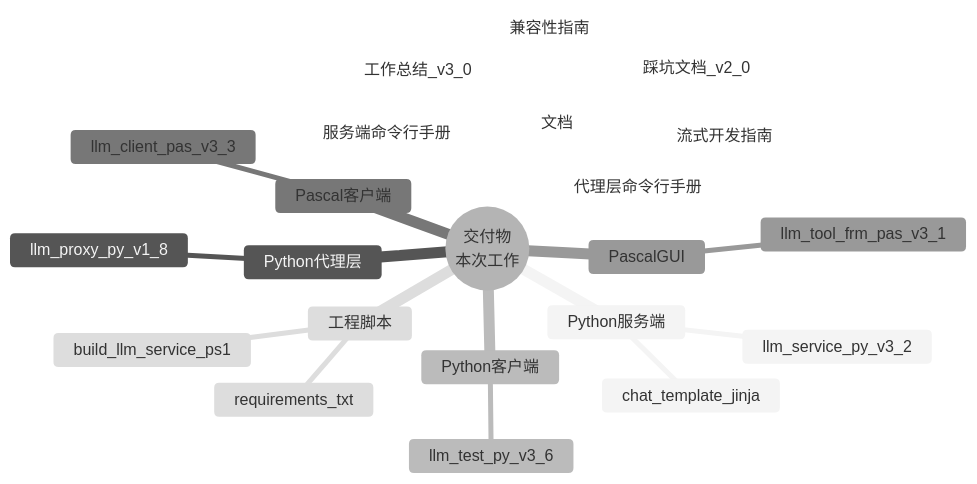
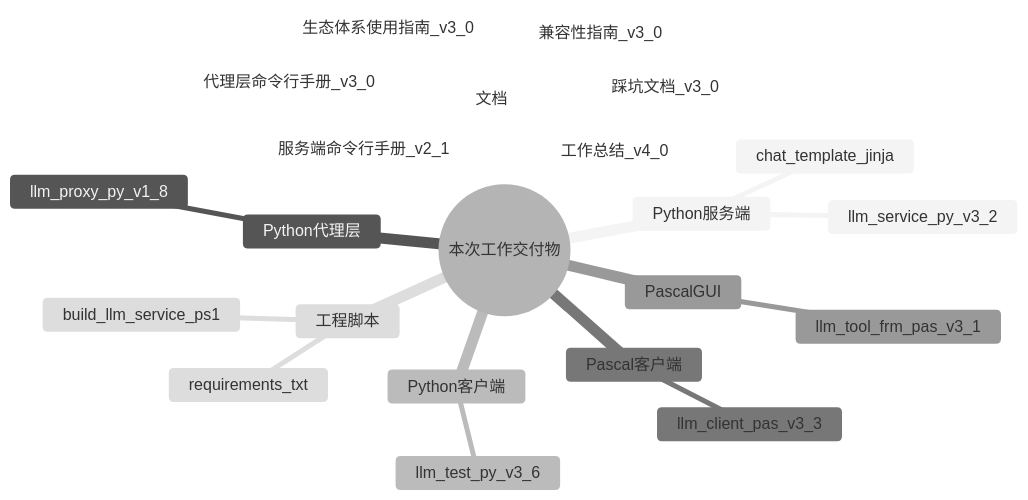
Before and after one commit to PassByYou888/LingoFuse-pasAgent: the first of 39 diagrams in src/llm-service/LingoFuse_LLM_Service_Work_Summary.md, drawn with Mermaid (neutral theme). The commit also changed other lines of this file, not shown here.

````diff
--- a/src/llm-service/LingoFuse_LLM_Service_Work_Summary.md
+++ b/src/llm-service/LingoFuse_LLM_Service_Work_Summary.md
@@ -28,25 +48,25 @@
 ```mermaid
 mindmap
-  root(("交付物<br/>本次工作"))
+  root(("本次工作交付物"))
     Python服务端
       llm_service_py_v3_2
       chat_template_jinja
     Python代理层
       llm_proxy_py_v1_8
     Python客户端
       llm_test_py_v3_6
     Pascal客户端
       llm_client_pas_v3_3
     PascalGUI
       llm_tool_frm_pas_v3_1
     工程脚本
       build_llm_service_ps1
       requirements_txt
     文档
-      工作总结_v3_0
-      踩坑文档_v2_0
-      服务端命令行手册
-      代理层命令行手册
-      兼容性指南
-      流式开发指南
+      工作总结_v4_0
+      踩坑文档_v3_0
+      服务端命令行手册_v2_1
+      代理层命令行手册_v3_0
+      兼容性指南_v3_0
+      生态体系使用指南_v3_0
 ```
````
